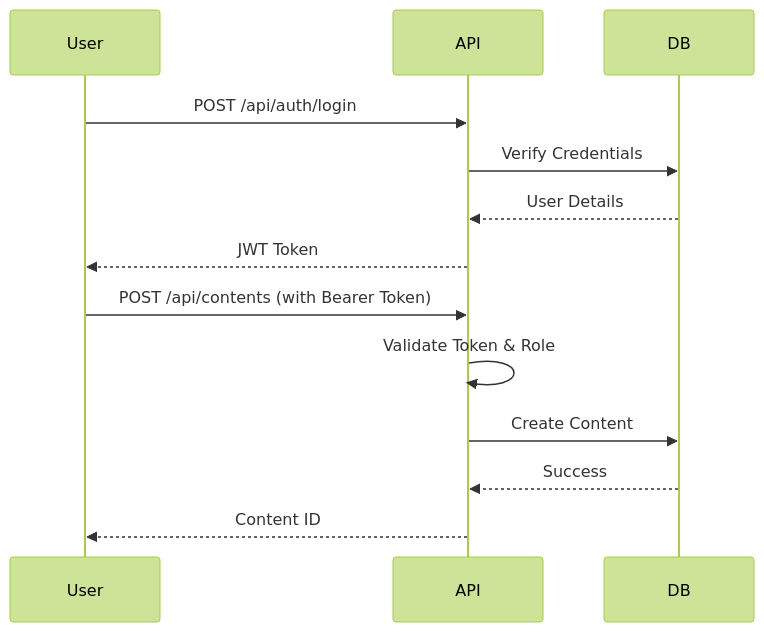
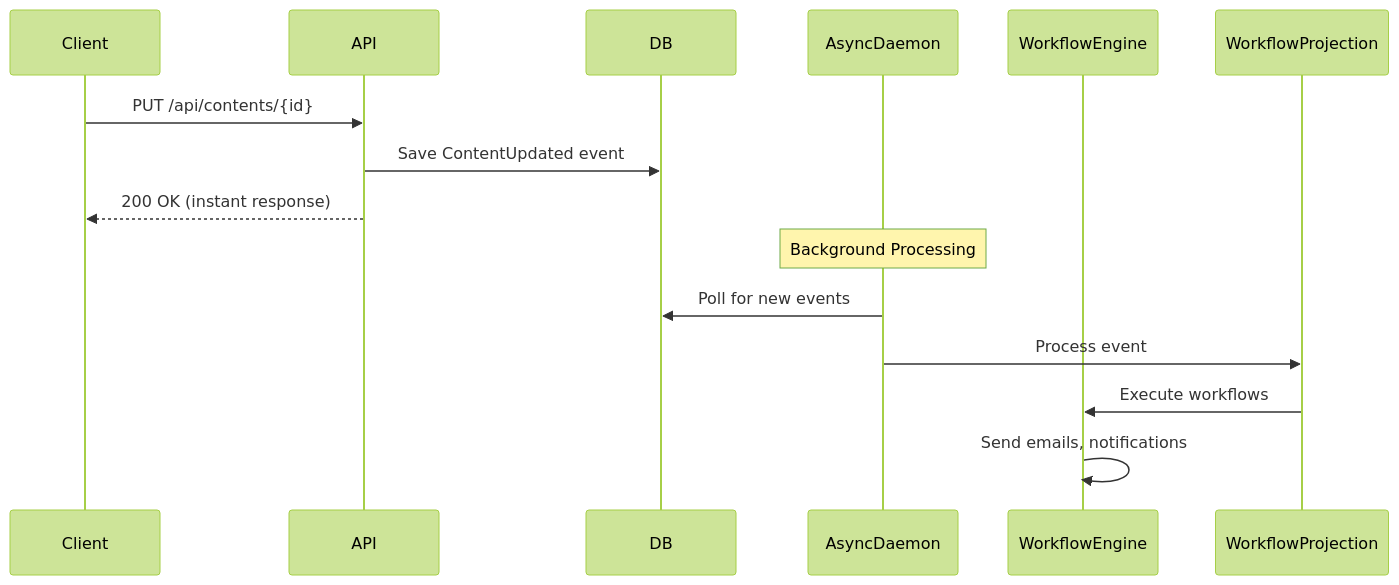
Before and after one commit to BaryoDev/barakoCMS: the diagram in README.md, drawn with Mermaid (forest theme). The commit also changed other lines of this file and 13 other files, not shown here.

````diff
--- a/README.md
+++ b/README.md
@@ -230,17 +92,18 @@
 ```mermaid
 sequenceDiagram
-    participant User
+    participant Client
     participant API
     participant DB
+    participant AsyncDaemon
+    participant WorkflowEngine
     
-    User->>API: POST /api/auth/login
-    API->>DB: Verify Credentials
-    DB-->>API: User Details
-    API-->>User: JWT Token
+    Client->>API: PUT /api/contents/{id}
+    API->>DB: Save ContentUpdated event
+    API-->>Client: 200 OK (instant response)
     
-    User->>API: POST /api/contents (with Bearer Token)
-    API->>API: Validate Token & Role
-    API->>DB: Create Content
-    DB-->>API: Success
-    API-->>User: Content ID
+    Note over AsyncDaemon: Background Processing
+    AsyncDaemon->>DB: Poll for new events
+    AsyncDaemon->>WorkflowProjection: Process event
+    WorkflowProjection->>WorkflowEngine: Execute workflows
+    WorkflowEngine->>WorkflowEngine: Send emails, notifications
 ```
````
